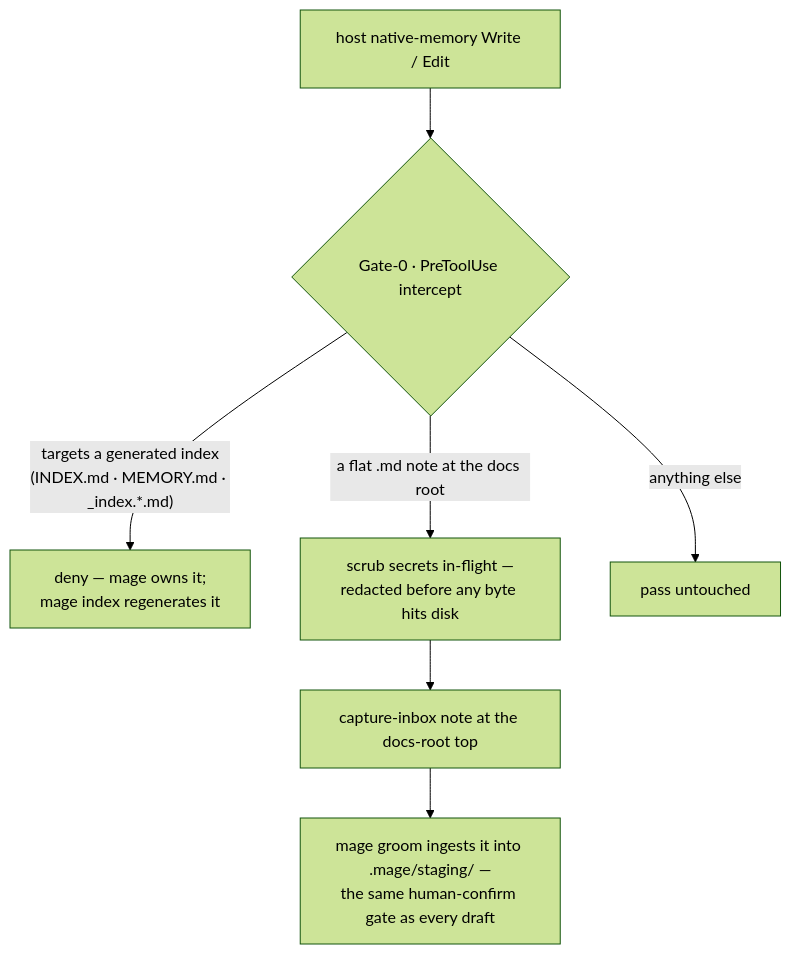
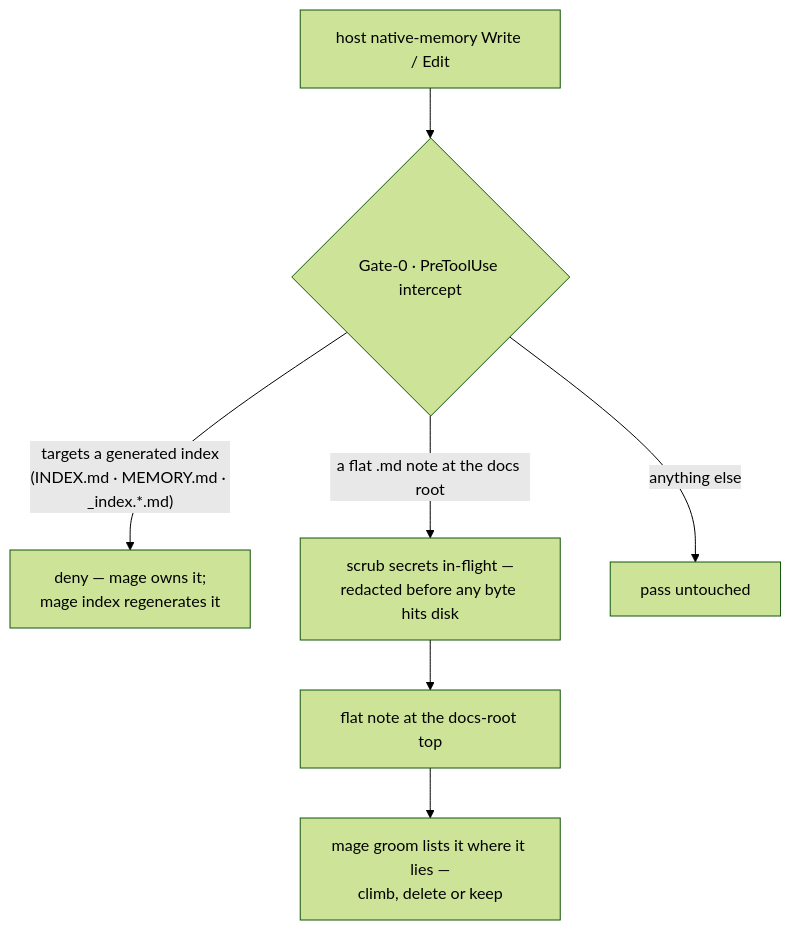
One commit to Sumit1993/mage-memory changed the diagram in docs/src/content/docs/loop/capture.md. Above: the diagram before and after it, drawn with Mermaid (forest theme). The commit also changed other lines of this file and 10 other files, not shown here.

````diff
--- a/docs/src/content/docs/loop/capture.md
+++ b/docs/src/content/docs/loop/capture.md
@@ -50,9 +51,9 @@
-```mermaid Gate-0 on Claude Code: a native-memory write is intercepted before disk — a generated-index target is denied, a flat topic note is scrubbed in-flight and lands as a capture-inbox note, and the next groom ingests it into staging. Anything else passes untouched.
+```mermaid Gate-0 on Claude Code: a native-memory write is intercepted before disk — a generated-index target is denied, a flat topic note is scrubbed in-flight and lands at the docs-root top, and groom walks it up the ladder. Anything else passes untouched.
 flowchart TD
   w["host native-memory Write / Edit"] --> g0{"Gate-0 · PreToolUse intercept"}
   g0 -->|"targets a generated index<br/>(INDEX.md · MEMORY.md · _index.*.md)"| d["deny — mage owns it;<br/>mage index regenerates it"]
   g0 -->|"a flat .md note at the docs root"| s["scrub secrets in-flight —<br/>redacted before any byte hits disk"]
   g0 -->|"anything else"| p["pass untouched"]
-  s --> i["capture-inbox note at the docs-root top"]
-  i --> gr["mage groom ingests it into .mage/staging/ —<br/>the same human-confirm gate as every draft"]
+  s --> i["flat note at the docs-root top"]
+  i --> gr["mage groom lists it where it lies —<br/>climb, delete or keep"]
 ```
````
